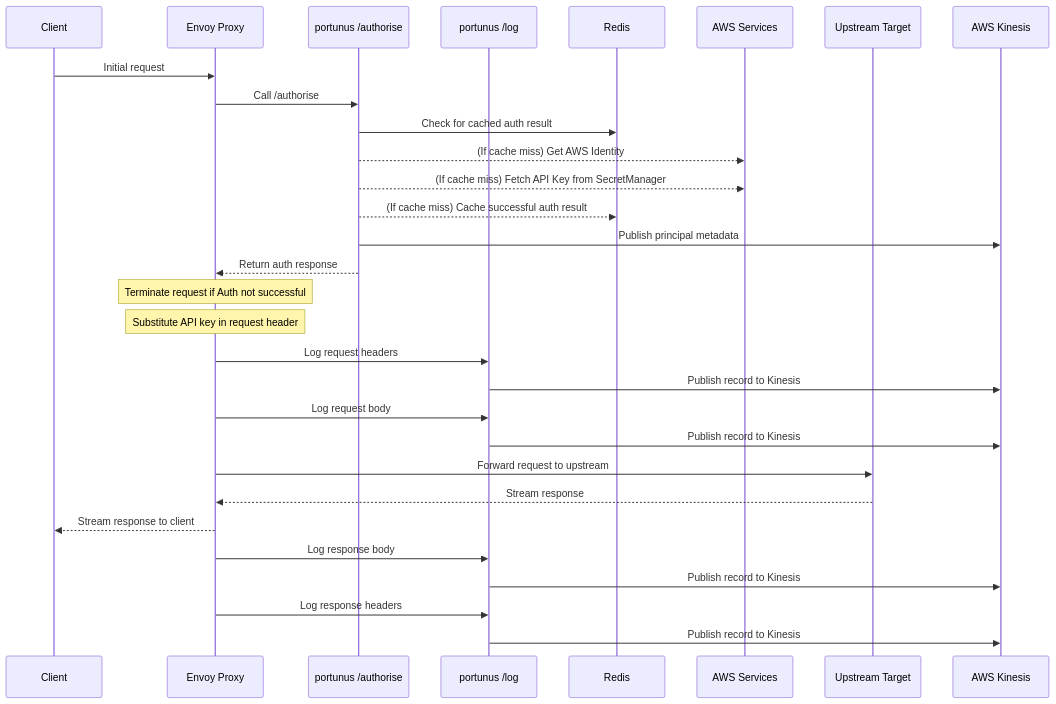
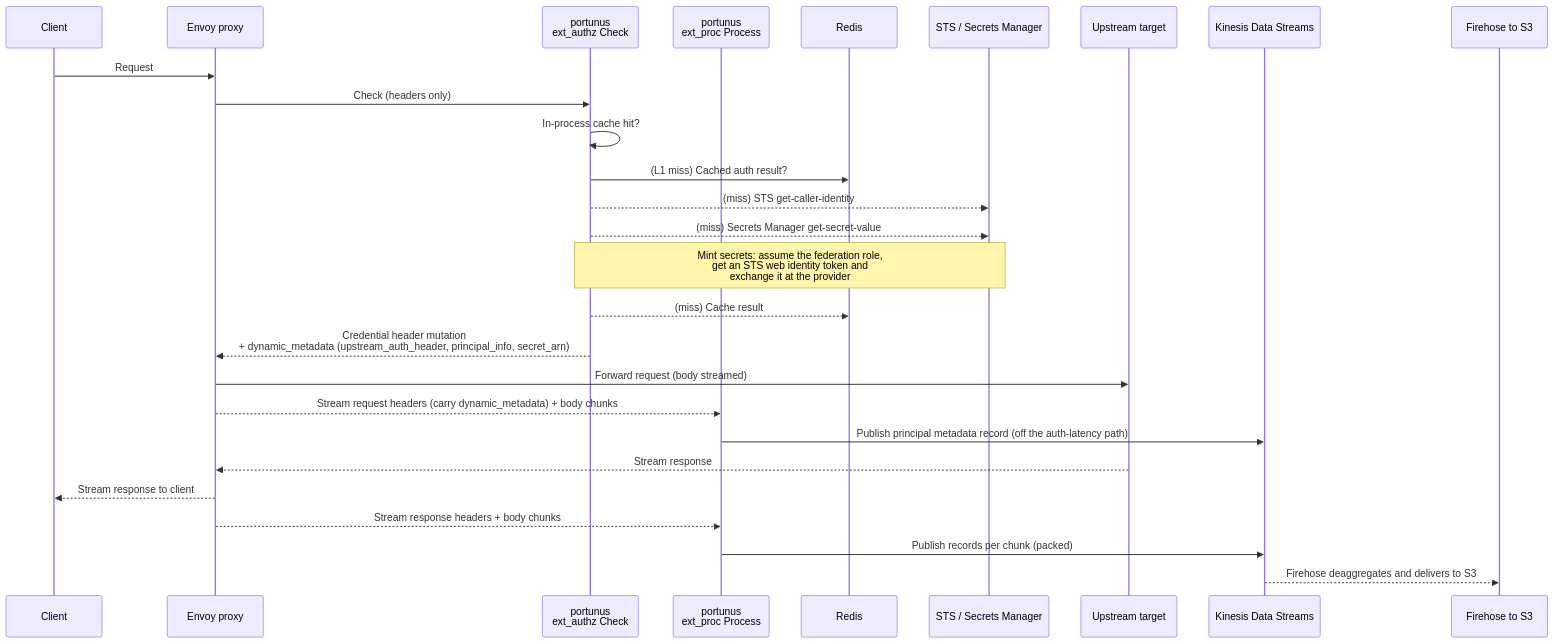
Before and after one commit to AI-Safety-Institute/portunus: the diagram in README.md, drawn with Mermaid. The commit also changed other lines of this file and 4 other files, not shown here.

First line of the commit message:
Document the Envoy and gRPC architecture

````diff
--- a/README.md
+++ b/README.md
@@ -31,43 +28,31 @@
 ```mermaid
 sequenceDiagram
     participant Client
-    participant Envoy as Envoy Proxy
-    participant Auth as portunus /authorise
-    participant Portunus as portunus /log
+    participant Envoy as Envoy proxy
+    participant Auth as portunus<br/>ext_authz Check
+    participant Proc as portunus<br/>ext_proc Process
     participant Redis
-    participant AWS as AWS Services
-    participant Target as Upstream Target
-    participant Kinesis as AWS Kinesis
+    participant AWS as STS / Secrets Manager
+    participant Target as Upstream target
+    participant KDS as Kinesis Data Streams
+    participant FH as Firehose to S3
 
-    Client->>Envoy: Initial request
+    Client->>Envoy: Request
+    Envoy->>Auth: Check (headers only)
+    Auth->>Auth: In-process cache hit?
+    Auth->>Redis: (L1 miss) Cached auth result?
+    Auth-->>AWS: (miss) STS get-caller-identity
+    Auth-->>AWS: (miss) Secrets Manager get-secret-value
+    Note over Auth,AWS: Mint secrets: assume the federation role,<br/>get an STS web identity token and<br/>exchange it at the provider
+    Auth-->>Redis: (miss) Cache result
+    Auth-->>Envoy: Credential header mutation<br/>+ dynamic_metadata (upstream_auth_header, principal_info, secret_arn)
 
-    Envoy->>Auth: Call /authorise
-    Auth->>Redis: Check for cached auth result
-
-    Auth-->>AWS: (If cache miss) Get AWS Identity
-    Auth-->>AWS: (If cache miss) Fetch API Key from SecretManager
-    Auth-->>Redis: (If cache miss) Cache successful auth result
-
-    Auth->>Kinesis: Publish principal metadata
-    Auth-->>Envoy: Return auth response
-
-    Note over Envoy: Terminate request if Auth not successful
-    Note over Envoy: Substitute API key in request header
-
-    Envoy->>Portunus: Log request headers
-    Portunus->>Kinesis: Publish record to Kinesis
-
-    Envoy->>Portunus: Log request body
-    Portunus->>Kinesis: Publish record to Kinesis
-
-    Envoy->>Target: Forward request to upstream
-
+    Envoy->>Target: Forward request (body streamed)
+    Envoy-->>Proc: Stream request headers (carry dynamic_metadata) + body chunks
+    Proc->>KDS: Publish principal metadata record (off the auth-latency path)
     Target-->>Envoy: Stream response
     Envoy-->>Client: Stream response to client
-
-    Envoy->>Portunus: Log response body
-    Portunus->>Kinesis: Publish record to Kinesis
-
-    Envoy->>Portunus: Log response headers
-    Portunus->>Kinesis: Publish record to Kinesis
+    Envoy-->>Proc: Stream response headers + body chunks
+    Proc->>KDS: Publish records per chunk (packed)
+    KDS-->>FH: Firehose deaggregates and delivers to S3
 ```
````
